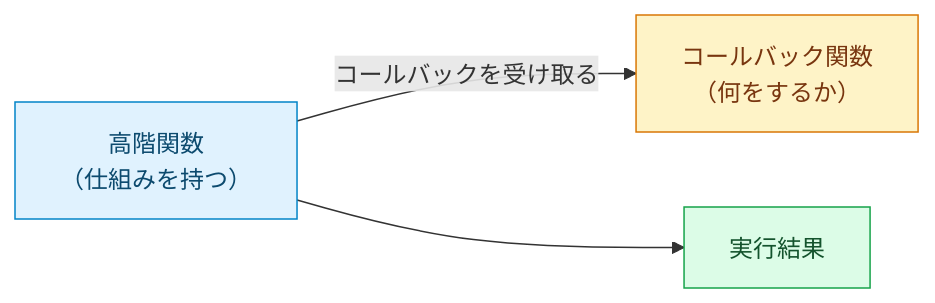
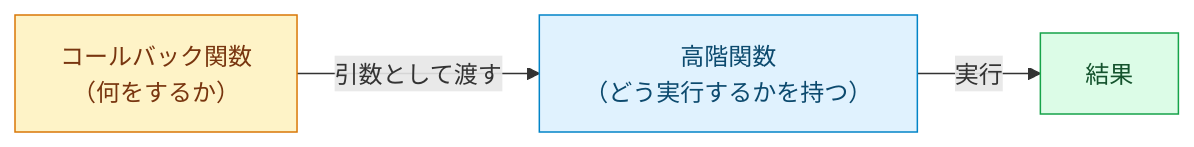
Before and after one commit to ozaki25/web-front-training-ozaki25: the third of 4 diagrams in docs/drafts/005/index.md, drawn with Mermaid. The commit also changed other lines of this file and 6 other files, not shown here.

````diff
--- a/docs/drafts/005/index.md
+++ b/docs/drafts/005/index.md
@@ -201,9 +203,9 @@
 ```mermaid
 flowchart LR
-  A["高階関数<br>（仕組みを持つ）"] -- "コールバックを受け取る" --> B["コールバック関数<br>（何をするか）"]
-  A --> C["実行結果"]
+  B["コールバック関数<br>（何をするか）"] -- "引数として渡す" --> A["高階関数<br>（どう実行するかを持つ）"]
+  A -- "実行" --> C["結果"]
 
   style A fill:#e0f2fe,stroke:#0284c7,color:#0c4a6e
   style B fill:#fef3c7,stroke:#d97706,color:#78350f
   style C fill:#dcfce7,stroke:#16a34a,color:#14532d
 ```
````
